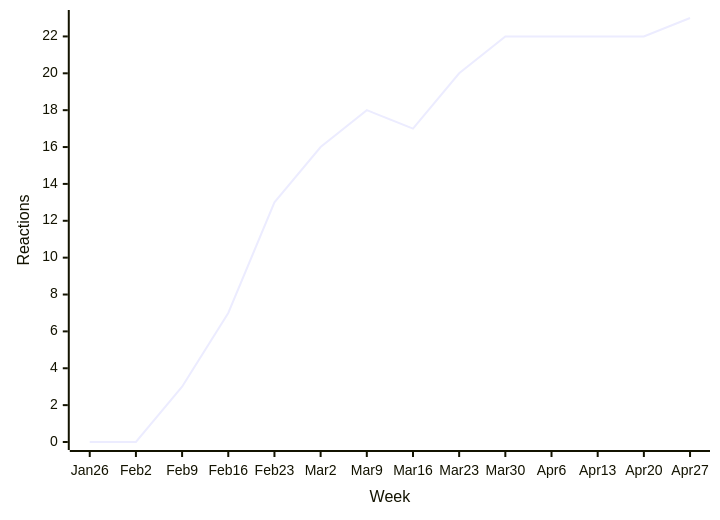
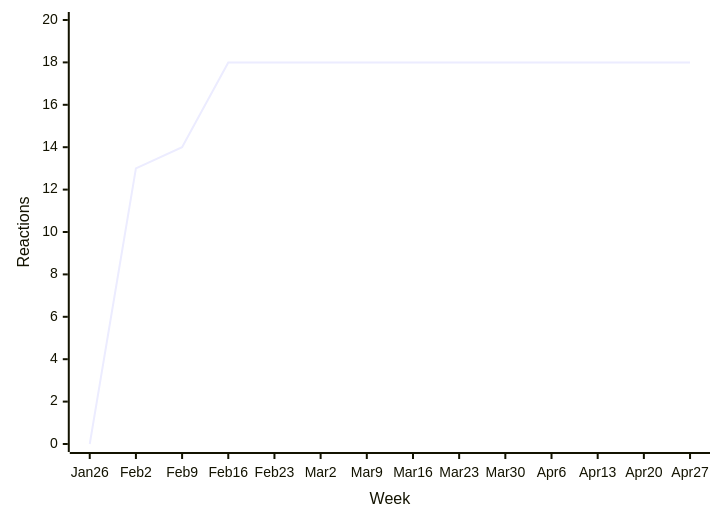
The first of 15 diagrams in README.md (loic-sharma/github-insights), drawn with Mermaid before and after one commit. The commit also changed other lines of this file and 2 other files, not shown here.

````diff
--- a/README.md
+++ b/README.md
@@ -157,6 +157,6 @@
   ```mermaid
   xychart-beta
     x-axis "Week" [Jan 26, Feb 2, Feb 9, Feb 16, Feb 23, Mar 2, Mar 9, Mar 16, Mar 23, Mar 30, Apr 6, Apr 13, Apr 20, Apr 27]
-    y-axis "Reactions"
-    line [0, 0, 3, 7, 13, 16, 18, 17, 20, 22, 22, 22, 22, 23]
+    y-axis "Reactions" 0 --> 20
+    line [0, 13, 14, 18, 18, 18, 18, 18, 18, 18, 18, 18, 18, 18]
   ```
````
